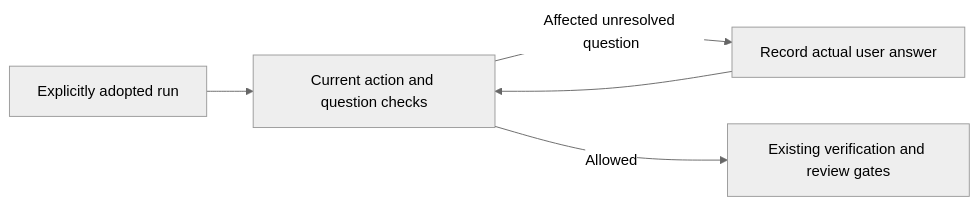
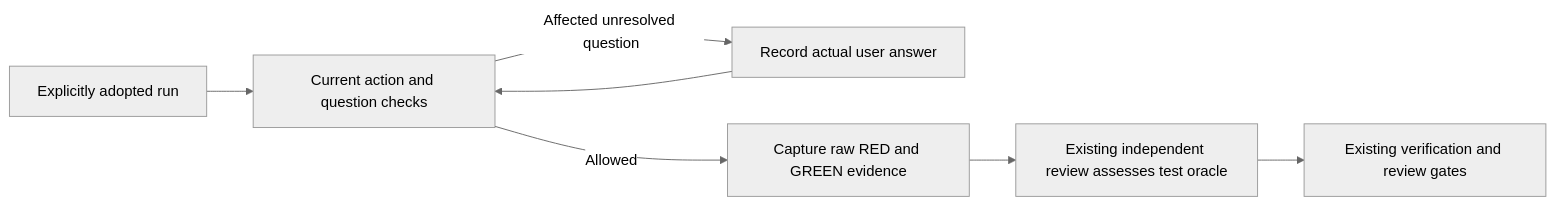
One commit to wgentil/devflow changed the second of 2 diagrams in skills/build-work/GUIDE.md. Above: the diagram before and after it, drawn with Mermaid (neutral theme). The commit also changed 46 other files, not shown here.

````diff
--- a/skills/build-work/GUIDE.md
+++ b/skills/build-work/GUIDE.md
@@ -140,7 +140,9 @@
 ```mermaid
 flowchart LR
     Adopt[Explicitly adopted run] --> Check[Current action and question checks]
     Check -->|Affected unresolved question| Ask[Record actual user answer]
     Ask --> Check
-    Check -->|Allowed| Existing[Existing verification and review gates]
+    Check -->|Allowed| Capture[Capture raw RED and GREEN evidence]
+    Capture --> Review[Existing independent review assesses test oracle]
+    Review --> Existing[Existing verification and review gates]
 ```
````
